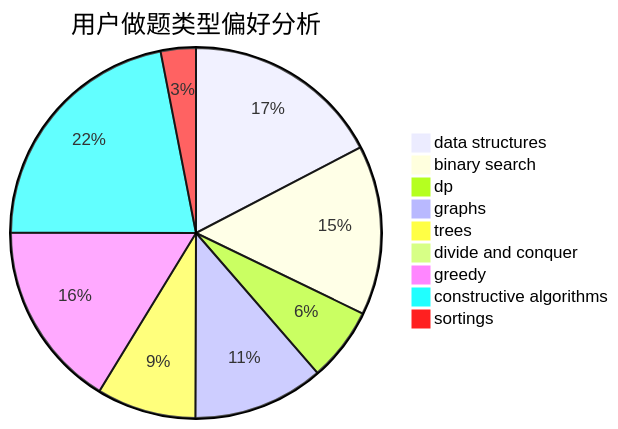
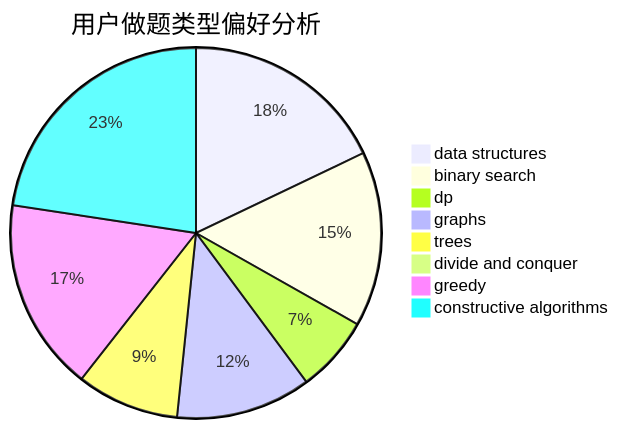
One commit to sherpahu/cfrs.github.io changed the second of 3 diagrams in docs/user/u633.md. Above: the diagram before and after it, drawn with Mermaid. The commit also changed other lines of this file and 2769 other files, not shown here.

````diff
--- a/docs/user/u633.md
+++ b/docs/user/u633.md
@@ -18,12 +18,11 @@
 ```mermaid
 pie title 用户做题类型偏好分析
     "data structures" :  164
     "binary search" :  140
     "dp" :  61
     "graphs" :  108
     "trees" :  82
     "divide and conquer" :  0
     "greedy" :  154
     "constructive algorithms" :  207
-    "sortings" :  29
 ```
````
